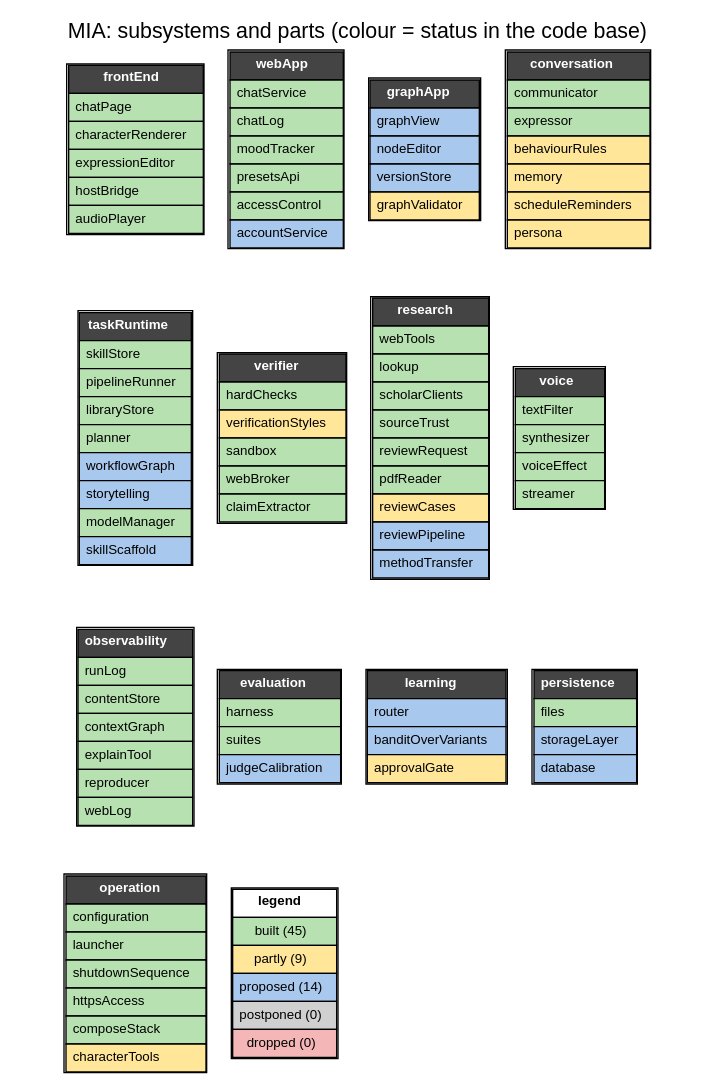
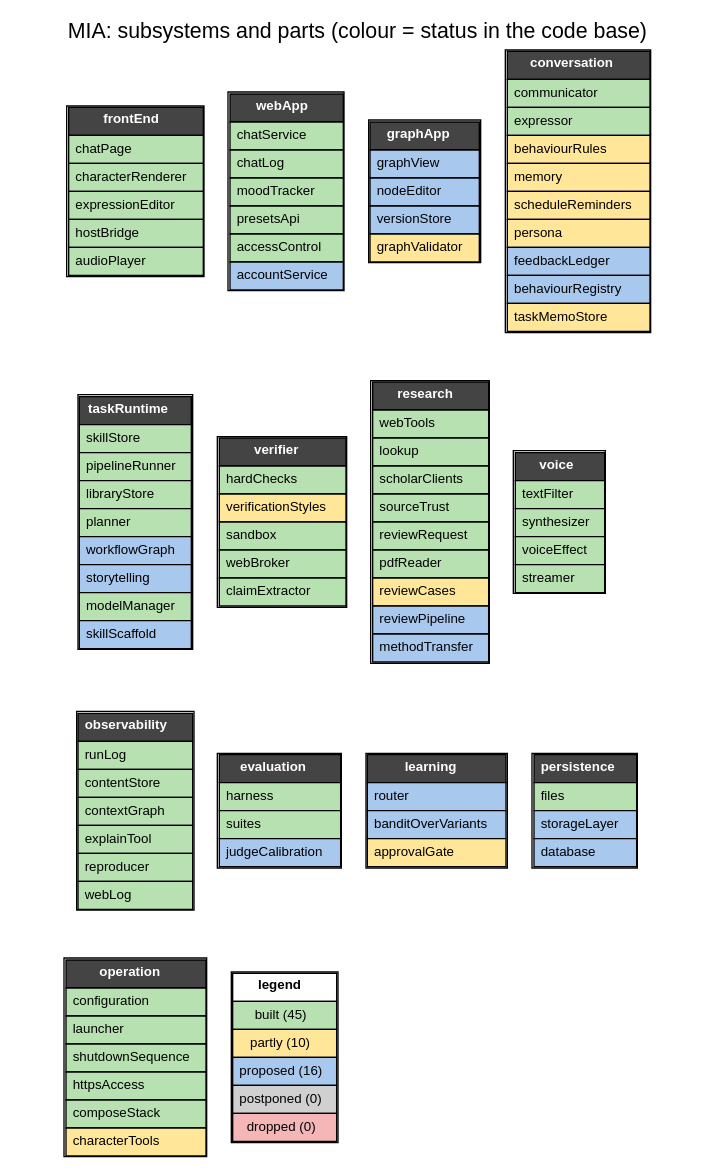
The diagram in specs/mia/diagrams/architecture.dot (maldun/MIA), drawn with Graphviz before and after one commit. The commit also changed 7 other files, not shown here.

```diff
--- a/specs/mia/diagrams/architecture.dot
+++ b/specs/mia/diagrams/architecture.dot
@@ -1,35 +1,35 @@
 digraph A {
 rankdir=TB; fontname="Helvetica"; node [shape=plain, fontname="Helvetica", fontsize=10]; edge [style=invis];
 label="MIA: subsystems and parts (colour = status in the code base)"; labelloc=t; fontsize=16;
 "frontEnd" [label=<<TABLE BORDER="1" CELLBORDER="1" CELLSPACING="0" CELLPADDING="4"><TR><TD BGCOLOR="#444444"><FONT COLOR="white"><B>frontEnd</B></FONT></TD></TR><TR><TD ALIGN="LEFT" BGCOLOR="#b7e1b0">chatPage</TD></TR><TR><TD ALIGN="LEFT" BGCOLOR="#b7e1b0">characterRenderer</TD></TR><TR><TD ALIGN="LEFT" BGCOLOR="#b7e1b0">expressionEditor</TD></TR><TR><TD ALIGN="LEFT" BGCOLOR="#b7e1b0">hostBridge</TD></TR><TR><TD ALIGN="LEFT" BGCOLOR="#b7e1b0">audioPlayer</TD></TR></TABLE>>];
 "webApp" [label=<<TABLE BORDER="1" CELLBORDER="1" CELLSPACING="0" CELLPADDING="4"><TR><TD BGCOLOR="#444444"><FONT COLOR="white"><B>webApp</B></FONT></TD></TR><TR><TD ALIGN="LEFT" BGCOLOR="#b7e1b0">chatService</TD></TR><TR><TD ALIGN="LEFT" BGCOLOR="#b7e1b0">chatLog</TD></TR><TR><TD ALIGN="LEFT" BGCOLOR="#b7e1b0">moodTracker</TD></TR><TR><TD ALIGN="LEFT" BGCOLOR="#b7e1b0">presetsApi</TD></TR><TR><TD ALIGN="LEFT" BGCOLOR="#b7e1b0">accessControl</TD></TR><TR><TD ALIGN="LEFT" BGCOLOR="#a9c8ee">accountService</TD></TR></TABLE>>];
 "graphApp" [label=<<TABLE BORDER="1" CELLBORDER="1" CELLSPACING="0" CELLPADDING="4"><TR><TD BGCOLOR="#444444"><FONT COLOR="white"><B>graphApp</B></FONT></TD></TR><TR><TD ALIGN="LEFT" BGCOLOR="#a9c8ee">graphView</TD></TR><TR><TD ALIGN="LEFT" BGCOLOR="#a9c8ee">nodeEditor</TD></TR><TR><TD ALIGN="LEFT" BGCOLOR="#a9c8ee">versionStore</TD></TR><TR><TD ALIGN="LEFT" BGCOLOR="#ffe699">graphValidator</TD></TR></TABLE>>];
-"conversation" [label=<<TABLE BORDER="1" CELLBORDER="1" CELLSPACING="0" CELLPADDING="4"><TR><TD BGCOLOR="#444444"><FONT COLOR="white"><B>conversation</B></FONT></TD></TR><TR><TD ALIGN="LEFT" BGCOLOR="#b7e1b0">communicator</TD></TR><TR><TD ALIGN="LEFT" BGCOLOR="#b7e1b0">expressor</TD></TR><TR><TD ALIGN="LEFT" BGCOLOR="#ffe699">behaviourRules</TD></TR><TR><TD ALIGN="LEFT" BGCOLOR="#ffe699">memory</TD></TR><TR><TD ALIGN="LEFT" BGCOLOR="#ffe699">scheduleReminders</TD></TR><TR><TD ALIGN="LEFT" BGCOLOR="#ffe699">persona</TD></TR></TABLE>>];
+"conversation" [label=<<TABLE BORDER="1" CELLBORDER="1" CELLSPACING="0" CELLPADDING="4"><TR><TD BGCOLOR="#444444"><FONT COLOR="white"><B>conversation</B></FONT></TD></TR><TR><TD ALIGN="LEFT" BGCOLOR="#b7e1b0">communicator</TD></TR><TR><TD ALIGN="LEFT" BGCOLOR="#b7e1b0">expressor</TD></TR><TR><TD ALIGN="LEFT" BGCOLOR="#ffe699">behaviourRules</TD></TR><TR><TD ALIGN="LEFT" BGCOLOR="#ffe699">memory</TD></TR><TR><TD ALIGN="LEFT" BGCOLOR="#ffe699">scheduleReminders</TD></TR><TR><TD ALIGN="LEFT" BGCOLOR="#ffe699">persona</TD></TR><TR><TD ALIGN="LEFT" BGCOLOR="#a9c8ee">feedbackLedger</TD></TR><TR><TD ALIGN="LEFT" BGCOLOR="#a9c8ee">behaviourRegistry</TD></TR><TR><TD ALIGN="LEFT" BGCOLOR="#ffe699">taskMemoStore</TD></TR></TABLE>>];
 "taskRuntime" [label=<<TABLE BORDER="1" CELLBORDER="1" CELLSPACING="0" CELLPADDING="4"><TR><TD BGCOLOR="#444444"><FONT COLOR="white"><B>taskRuntime</B></FONT></TD></TR><TR><TD ALIGN="LEFT" BGCOLOR="#b7e1b0">skillStore</TD></TR><TR><TD ALIGN="LEFT" BGCOLOR="#b7e1b0">pipelineRunner</TD></TR><TR><TD ALIGN="LEFT" BGCOLOR="#b7e1b0">libraryStore</TD></TR><TR><TD ALIGN="LEFT" BGCOLOR="#b7e1b0">planner</TD></TR><TR><TD ALIGN="LEFT" BGCOLOR="#a9c8ee">workflowGraph</TD></TR><TR><TD ALIGN="LEFT" BGCOLOR="#a9c8ee">storytelling</TD></TR><TR><TD ALIGN="LEFT" BGCOLOR="#b7e1b0">modelManager</TD></TR><TR><TD ALIGN="LEFT" BGCOLOR="#a9c8ee">skillScaffold</TD></TR></TABLE>>];
 "verifier" [label=<<TABLE BORDER="1" CELLBORDER="1" CELLSPACING="0" CELLPADDING="4"><TR><TD BGCOLOR="#444444"><FONT COLOR="white"><B>verifier</B></FONT></TD></TR><TR><TD ALIGN="LEFT" BGCOLOR="#b7e1b0">hardChecks</TD></TR><TR><TD ALIGN="LEFT" BGCOLOR="#ffe699">verificationStyles</TD></TR><TR><TD ALIGN="LEFT" BGCOLOR="#b7e1b0">sandbox</TD></TR><TR><TD ALIGN="LEFT" BGCOLOR="#b7e1b0">webBroker</TD></TR><TR><TD ALIGN="LEFT" BGCOLOR="#b7e1b0">claimExtractor</TD></TR></TABLE>>];
 "research" [label=<<TABLE BORDER="1" CELLBORDER="1" CELLSPACING="0" CELLPADDING="4"><TR><TD BGCOLOR="#444444"><FONT COLOR="white"><B>research</B></FONT></TD></TR><TR><TD ALIGN="LEFT" BGCOLOR="#b7e1b0">webTools</TD></TR><TR><TD ALIGN="LEFT" BGCOLOR="#b7e1b0">lookup</TD></TR><TR><TD ALIGN="LEFT" BGCOLOR="#b7e1b0">scholarClients</TD></TR><TR><TD ALIGN="LEFT" BGCOLOR="#b7e1b0">sourceTrust</TD></TR><TR><TD ALIGN="LEFT" BGCOLOR="#b7e1b0">reviewRequest</TD></TR><TR><TD ALIGN="LEFT" BGCOLOR="#b7e1b0">pdfReader</TD></TR><TR><TD ALIGN="LEFT" BGCOLOR="#ffe699">reviewCases</TD></TR><TR><TD ALIGN="LEFT" BGCOLOR="#a9c8ee">reviewPipeline</TD></TR><TR><TD ALIGN="LEFT" BGCOLOR="#a9c8ee">methodTransfer</TD></TR></TABLE>>];
 "voice" [label=<<TABLE BORDER="1" CELLBORDER="1" CELLSPACING="0" CELLPADDING="4"><TR><TD BGCOLOR="#444444"><FONT COLOR="white"><B>voice</B></FONT></TD></TR><TR><TD ALIGN="LEFT" BGCOLOR="#b7e1b0">textFilter</TD></TR><TR><TD ALIGN="LEFT" BGCOLOR="#b7e1b0">synthesizer</TD></TR><TR><TD ALIGN="LEFT" BGCOLOR="#b7e1b0">voiceEffect</TD></TR><TR><TD ALIGN="LEFT" BGCOLOR="#b7e1b0">streamer</TD></TR></TABLE>>];
 "observability" [label=<<TABLE BORDER="1" CELLBORDER="1" CELLSPACING="0" CELLPADDING="4"><TR><TD BGCOLOR="#444444"><FONT COLOR="white"><B>observability</B></FONT></TD></TR><TR><TD ALIGN="LEFT" BGCOLOR="#b7e1b0">runLog</TD></TR><TR><TD ALIGN="LEFT" BGCOLOR="#b7e1b0">contentStore</TD></TR><TR><TD ALIGN="LEFT" BGCOLOR="#b7e1b0">contextGraph</TD></TR><TR><TD ALIGN="LEFT" BGCOLOR="#b7e1b0">explainTool</TD></TR><TR><TD ALIGN="LEFT" BGCOLOR="#b7e1b0">reproducer</TD></TR><TR><TD ALIGN="LEFT" BGCOLOR="#b7e1b0">webLog</TD></TR></TABLE>>];
 "evaluation" [label=<<TABLE BORDER="1" CELLBORDER="1" CELLSPACING="0" CELLPADDING="4"><TR><TD BGCOLOR="#444444"><FONT COLOR="white"><B>evaluation</B></FONT></TD></TR><TR><TD ALIGN="LEFT" BGCOLOR="#b7e1b0">harness</TD></TR><TR><TD ALIGN="LEFT" BGCOLOR="#b7e1b0">suites</TD></TR><TR><TD ALIGN="LEFT" BGCOLOR="#a9c8ee">judgeCalibration</TD></TR></TABLE>>];
 "learning" [label=<<TABLE BORDER="1" CELLBORDER="1" CELLSPACING="0" CELLPADDING="4"><TR><TD BGCOLOR="#444444"><FONT COLOR="white"><B>learning</B></FONT></TD></TR><TR><TD ALIGN="LEFT" BGCOLOR="#a9c8ee">router</TD></TR><TR><TD ALIGN="LEFT" BGCOLOR="#a9c8ee">banditOverVariants</TD></TR><TR><TD ALIGN="LEFT" BGCOLOR="#ffe699">approvalGate</TD></TR></TABLE>>];
 "persistence" [label=<<TABLE BORDER="1" CELLBORDER="1" CELLSPACING="0" CELLPADDING="4"><TR><TD BGCOLOR="#444444"><FONT COLOR="white"><B>persistence</B></FONT></TD></TR><TR><TD ALIGN="LEFT" BGCOLOR="#b7e1b0">files</TD></TR><TR><TD ALIGN="LEFT" BGCOLOR="#a9c8ee">storageLayer</TD></TR><TR><TD ALIGN="LEFT" BGCOLOR="#a9c8ee">database</TD></TR></TABLE>>];
 "operation" [label=<<TABLE BORDER="1" CELLBORDER="1" CELLSPACING="0" CELLPADDING="4"><TR><TD BGCOLOR="#444444"><FONT COLOR="white"><B>operation</B></FONT></TD></TR><TR><TD ALIGN="LEFT" BGCOLOR="#b7e1b0">configuration</TD></TR><TR><TD ALIGN="LEFT" BGCOLOR="#b7e1b0">launcher</TD></TR><TR><TD ALIGN="LEFT" BGCOLOR="#b7e1b0">shutdownSequence</TD></TR><TR><TD ALIGN="LEFT" BGCOLOR="#b7e1b0">httpsAccess</TD></TR><TR><TD ALIGN="LEFT" BGCOLOR="#b7e1b0">composeStack</TD></TR><TR><TD ALIGN="LEFT" BGCOLOR="#ffe699">characterTools</TD></TR></TABLE>>];
-"legend" [label=<<TABLE BORDER="1" CELLBORDER="1" CELLSPACING="0" CELLPADDING="4"><TR><TD><B>legend</B></TD></TR><TR><TD BGCOLOR="#b7e1b0">built (45)</TD></TR><TR><TD BGCOLOR="#ffe699">partly (9)</TD></TR><TR><TD BGCOLOR="#a9c8ee">proposed (14)</TD></TR><TR><TD BGCOLOR="#d0d0d0">postponed (0)</TD></TR><TR><TD BGCOLOR="#f4b6b6">dropped (0)</TD></TR></TABLE>>];
+"legend" [label=<<TABLE BORDER="1" CELLBORDER="1" CELLSPACING="0" CELLPADDING="4"><TR><TD><B>legend</B></TD></TR><TR><TD BGCOLOR="#b7e1b0">built (45)</TD></TR><TR><TD BGCOLOR="#ffe699">partly (10)</TD></TR><TR><TD BGCOLOR="#a9c8ee">proposed (16)</TD></TR><TR><TD BGCOLOR="#d0d0d0">postponed (0)</TD></TR><TR><TD BGCOLOR="#f4b6b6">dropped (0)</TD></TR></TABLE>>];
 { rank=same; "frontEnd"; "webApp"; "graphApp"; "conversation"; }
 "frontEnd" -> "webApp";
 "webApp" -> "graphApp";
 "graphApp" -> "conversation";
 "frontEnd" -> "taskRuntime";
 { rank=same; "taskRuntime"; "verifier"; "research"; "voice"; }
 "taskRuntime" -> "verifier";
 "verifier" -> "research";
 "research" -> "voice";
 "taskRuntime" -> "observability";
 { rank=same; "observability"; "evaluation"; "learning"; "persistence"; }
 "observability" -> "evaluation";
 "evaluation" -> "learning";
 "learning" -> "persistence";
 "observability" -> "operation";
 { rank=same; "operation"; "legend"; }
 "operation" -> "legend";
 }
```
